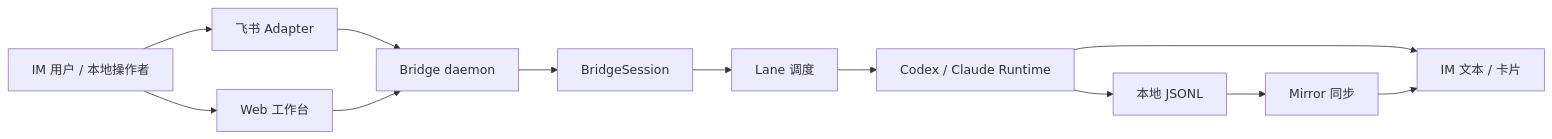
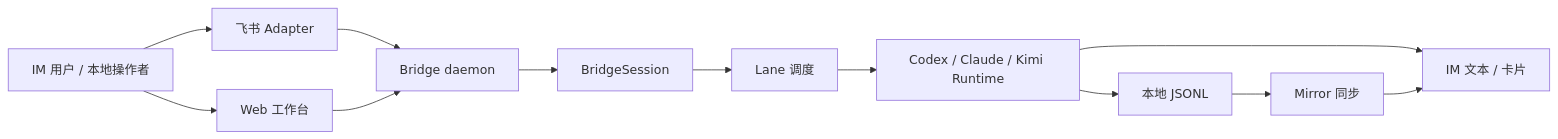
Before and after one commit to huiyeruzhou/codelark: the first of 5 diagrams in docs/architecture/current.md, drawn with Mermaid. The commit also changed other lines of this file and 191 other files, not shown here.

Commit message:
Add Kimi tmux runtime support

````diff
--- a/docs/architecture/current.md
+++ b/docs/architecture/current.md
@@ -7,25 +7,25 @@
 ```mermaid
 flowchart LR
   user[IM 用户 / 本地操作者]
   feishu[飞书 Adapter]
   ui[Web 工作台]
   bridge[Bridge daemon]
   session[BridgeSession]
   lane[Lane 调度]
-  runtime[Codex / Claude Runtime]
+  runtime[Codex / Claude / Kimi Runtime]
   jsonl[本地 JSONL]
   mirror[Mirror 同步]
   card[IM 文本 / 卡片]
 
   user --> feishu
   user --> ui
   feishu --> bridge
   ui --> bridge
   bridge --> session
   session --> lane
   lane --> runtime
   runtime --> jsonl
   runtime --> card
   jsonl --> mirror
   mirror --> card
 ```
````
